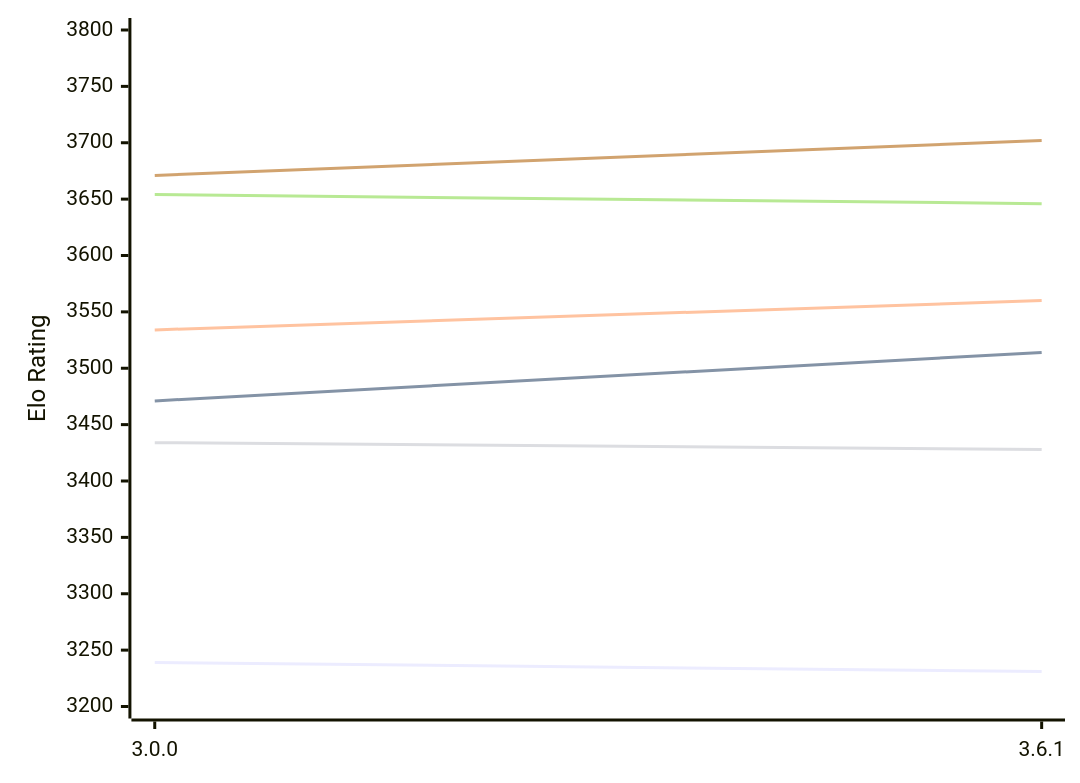
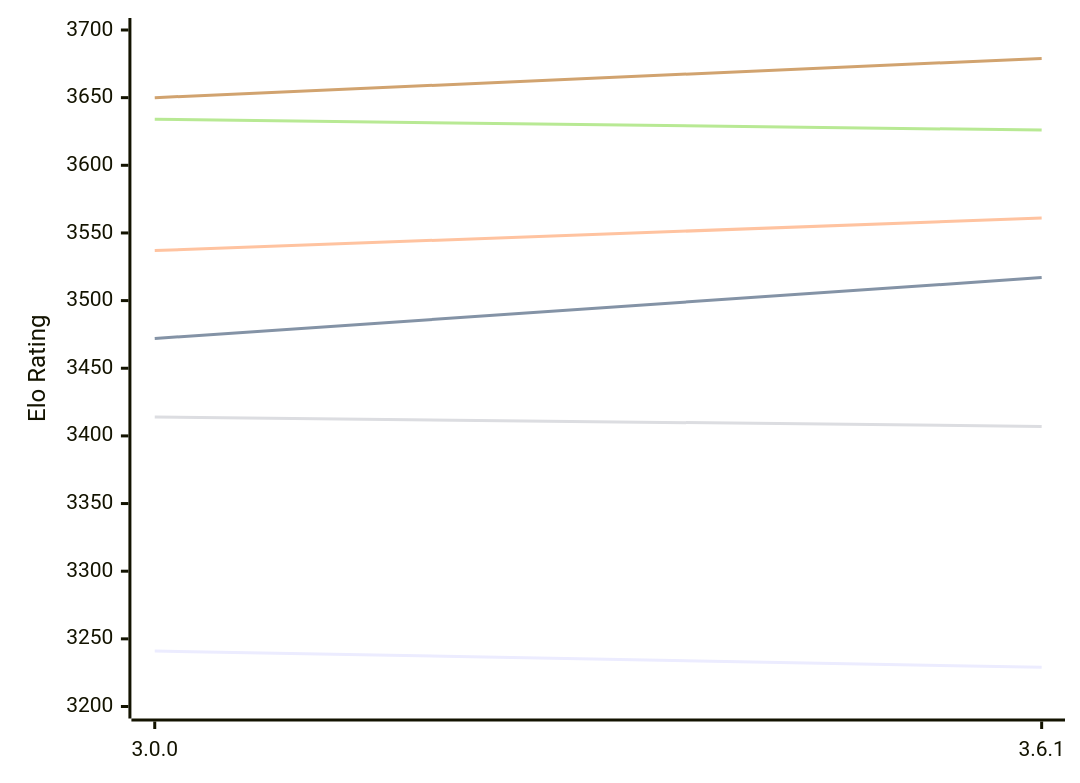
The diagram in engines/Peras.md (computer-chess-index/cci), drawn with Mermaid before and after one commit. The commit also changed other lines of this file, not shown here.

Commit message:
Update CCI Ratings (ELO VLTC) - 2026-10-18

````diff
--- a/engines/Peras.md
+++ b/engines/Peras.md
@@ -49,12 +49,12 @@
 ```mermaid
 %%{init: {"theme":"base","themeVariables":{"seriesColors:['#a3a3a3','#222221','#faa371']}}}%%
 xychart-beta
   x-axis ["3.0.0", "3.6.1"]
-  y-axis "Elo Rating" 3200 --> 3800
-  line "E1: STC (8.0+0.08s)" [3239, 3231]
-  line "E1: LTC (60.0+0.60s)" [3471, 3514]
-  line "E1: VLTC (2m24s+1.12s)" [3534, 3560]
-  line "P1: STC (8.0+0.08s)" [3434, 3428]
-  line "P1: LTC (60.0+0.60s)" [3654, 3646]
-  line "P1: VLTC (2m24s+1.12s)" [3671, 3702]
+  y-axis "Elo Rating" 3200 --> 3700
+  line "E1: STC (8.0+0.08s)" [3241, 3229]
+  line "E1: LTC (60.0+0.60s)" [3472, 3517]
+  line "E1: VLTC (2m24s+1.12s)" [3537, 3561]
+  line "P1: STC (8.0+0.08s)" [3414, 3407]
+  line "P1: LTC (60.0+0.60s)" [3634, 3626]
+  line "P1: VLTC (2m24s+1.12s)" [3650, 3679]
 ```
````
